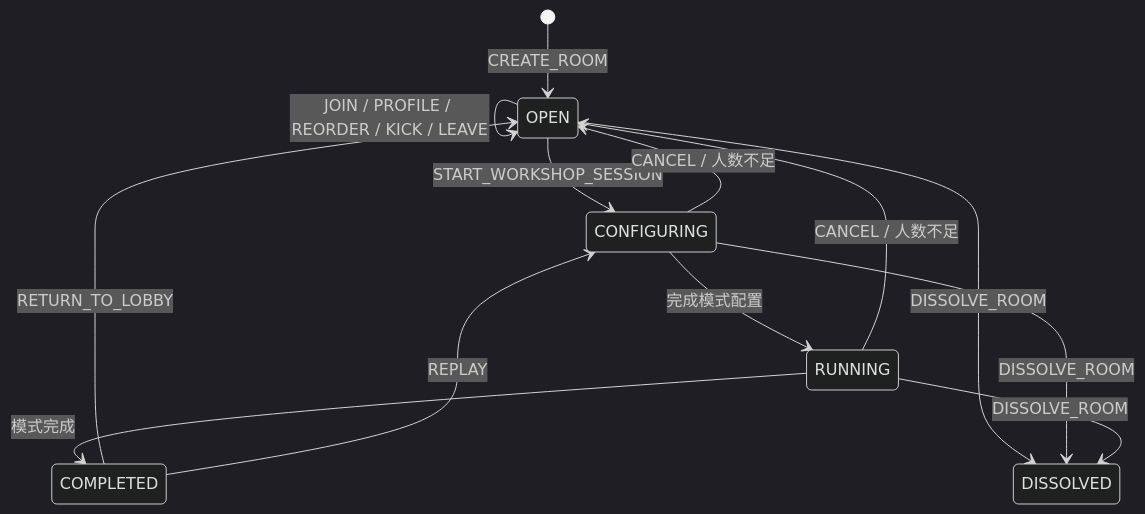
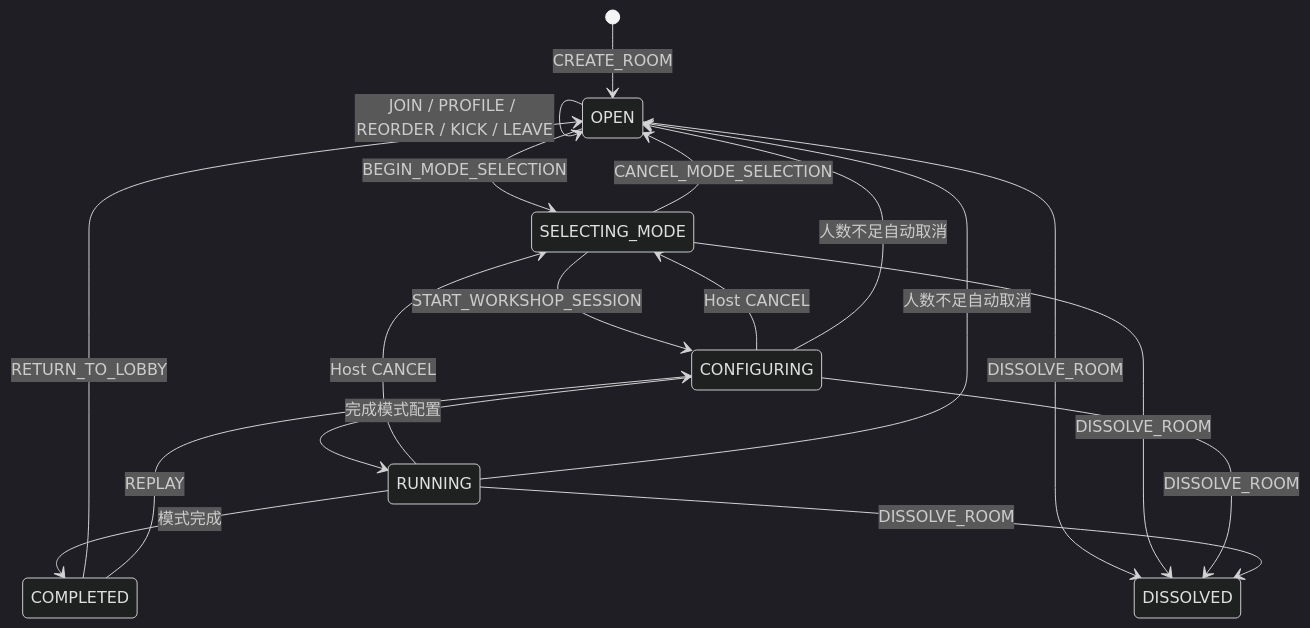
Diagram 14 of 23 in docs/ROOM_PROTOCOL_V3_IMPLEMENTATION.md (Bubble-419/cardboard-miniprogram), drawn with Mermaid (dark theme) before and after one commit. The commit also changed other lines of this file and 21 other files, not shown here.

Commit message:
fix: sync mode selection waiting route

````diff
--- a/docs/ROOM_PROTOCOL_V3_IMPLEMENTATION.md
+++ b/docs/ROOM_PROTOCOL_V3_IMPLEMENTATION.md
@@ -457,15 +459,20 @@
 ```mermaid
 stateDiagram-v2
   [*] --> OPEN: CREATE_ROOM
   OPEN --> OPEN: JOIN / PROFILE / REORDER / KICK / LEAVE
-  OPEN --> CONFIGURING: START_WORKSHOP_SESSION
+  OPEN --> SELECTING_MODE: BEGIN_MODE_SELECTION
+  SELECTING_MODE --> OPEN: CANCEL_MODE_SELECTION
+  SELECTING_MODE --> CONFIGURING: START_WORKSHOP_SESSION
   CONFIGURING --> RUNNING: 完成模式配置
   RUNNING --> COMPLETED: 模式完成
-  CONFIGURING --> OPEN: CANCEL / 人数不足
-  RUNNING --> OPEN: CANCEL / 人数不足
+  CONFIGURING --> SELECTING_MODE: Host CANCEL
+  RUNNING --> SELECTING_MODE: Host CANCEL
+  CONFIGURING --> OPEN: 人数不足自动取消
+  RUNNING --> OPEN: 人数不足自动取消
   COMPLETED --> OPEN: RETURN_TO_LOBBY
   COMPLETED --> CONFIGURING: REPLAY
   OPEN --> DISSOLVED: DISSOLVE_ROOM
+  SELECTING_MODE --> DISSOLVED: DISSOLVE_ROOM
   CONFIGURING --> DISSOLVED: DISSOLVE_ROOM
   RUNNING --> DISSOLVED: DISSOLVE_ROOM
 ```
````
